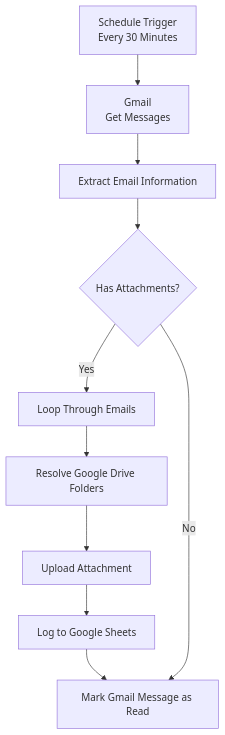
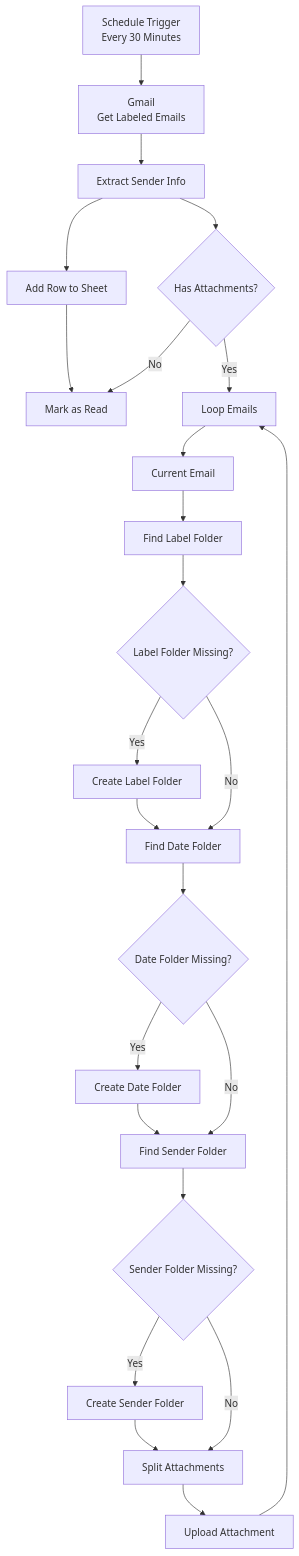
One commit to shuakyle21/-multi-label_gmail_to_google_sheets_-_drive_automation changed the diagram in README.md. Above: the diagram before and after it, drawn with Mermaid. The commit also changed other lines of this file, not shown here.

Commit message:
Revise README with updated workflow and features
Updated the workflow diagram and added new features section.

````diff
--- a/README.md
+++ b/README.md
@@ -12,12 +12,33 @@
 ```mermaid
 graph TD;
-    A[Schedule Trigger<br/>Every 30 Minutes] --> B[Gmail<br/>Get Messages];
-    B --> C[Extract Email Information];
-    C --> D{Has Attachments?};
-    D -->|Yes| E[Loop Through Emails];
-    E --> F[Resolve Google Drive Folders];
-    F --> G[Upload Attachment];
-    G --> H[Log to Google Sheets];
-    H --> I[Mark Gmail Message as Read];
-    D -->|No| I;
+    A[Schedule Trigger<br/>Every 30 Minutes] --> B[Gmail<br/>Get Labeled Emails];
+    B --> C[Extract Sender Info];
+
+    C --> D[Add Row to Sheet];
+    D --> E[Mark as Read];
+
+    C --> F{Has Attachments?};
+    F -->|Yes| G[Loop Emails];
+    G --> H[Current Email];
+    H --> I[Find Label Folder];
+    I --> J{Label Folder Missing?};
+
+    J -->|Yes| K[Create Label Folder];
+    K --> L[Find Date Folder];
+    J -->|No| L;
+
+    L --> M{Date Folder Missing?};
+    M -->|Yes| N[Create Date Folder];
+    N --> O[Find Sender Folder];
+    M -->|No| O;
+
+    O --> P{Sender Folder Missing?};
+    P -->|Yes| Q[Create Sender Folder];
+    Q --> R[Split Attachments];
+    P -->|No| R;
+
+    R --> S[Upload Attachment];
+    S --> G;
+
+    F -->|No| E;
 ```
````
